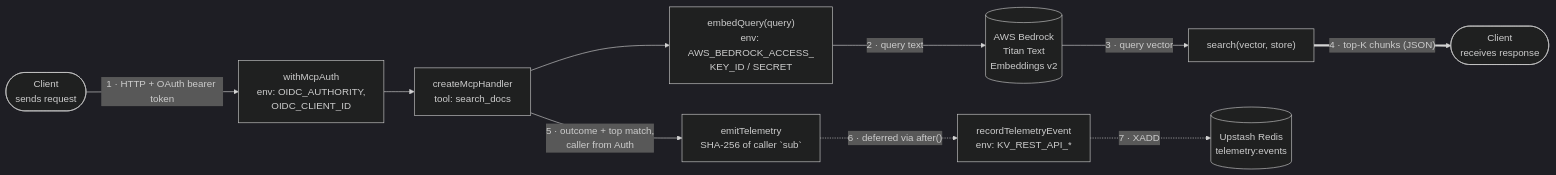
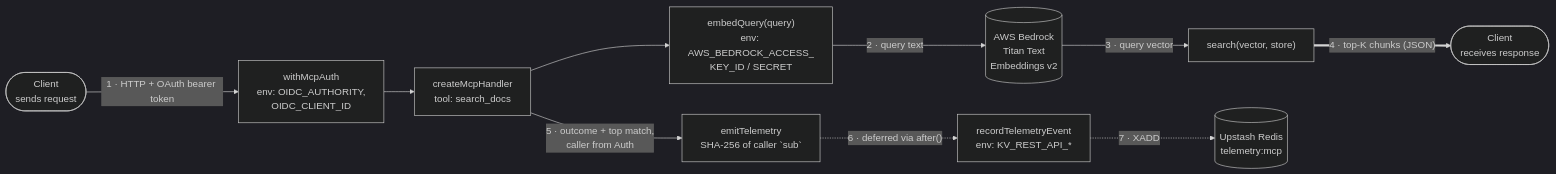
Before and after one commit to marigold-ui/marigold: the first of 2 diagrams in docs/app/mcp/README.md, drawn with Mermaid (dark theme). The commit also changed other lines of this file and 4 other files, not shown here.

First line of the commit message:
feat(DST-1765): record MCP telemetry in its own telemetry:mcp stream (#5910)

````diff
--- a/docs/app/mcp/README.md
+++ b/docs/app/mcp/README.md
@@ -9,22 +9,22 @@
 ```mermaid
 flowchart LR
     ClientOut(["Client<br/>sends request"])
     Auth["withMcpAuth<br/>env: OIDC_AUTHORITY,<br/>OIDC_CLIENT_ID"]
     Handler["createMcpHandler<br/>tool: search_docs"]
     Embed["embedQuery(query)<br/>env: AWS_BEDROCK_ACCESS_<br/>KEY_ID / SECRET"]
     Bedrock[("AWS Bedrock<br/>Titan Text<br/>Embeddings v2")]
     Search["search(vector, store)"]
     ClientIn(["Client<br/>receives response"])
     Emit["emitTelemetry<br/>SHA-256 of caller `sub`"]
     Record["recordTelemetryEvent<br/>env: KV_REST_API_*"]
-    Redis[("Upstash Redis<br/>telemetry:events")]
+    Redis[("Upstash Redis<br/>telemetry:mcp")]
 
     ClientOut -- "1 · HTTP + OAuth bearer token" --> Auth
     Auth --> Handler --> Embed
     Embed -- "2 · query text" --> Bedrock
     Bedrock -- "3 · query vector" --> Search
     Search == "4 · top-K chunks (JSON)" ==> ClientIn
     Handler -- "5 · outcome + top match,<br/>caller from Auth" --> Emit
     Emit -. "6 · deferred via after()" .-> Record
     Record -. "7 · XADD" .-> Redis
 ```
````
